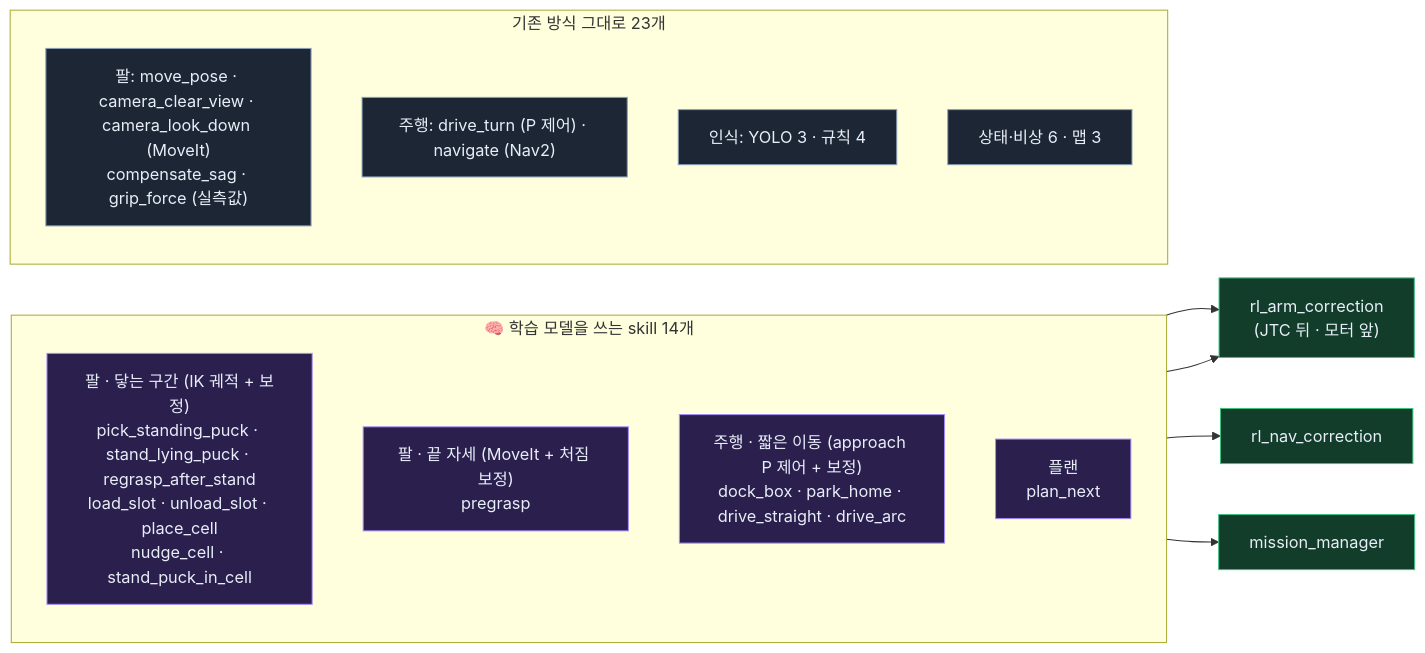
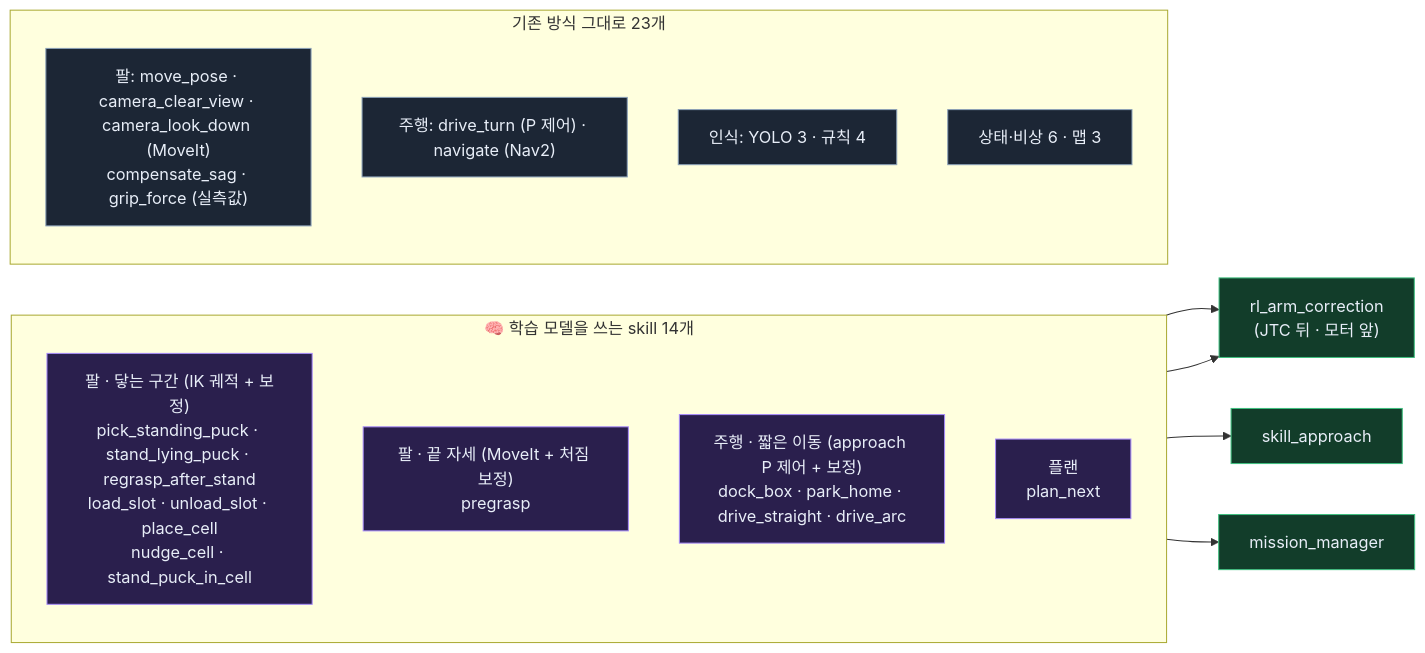
The fifth of 9 diagrams in bee/system-map.md (JuneKunst/JuneKunst.github.io), drawn with Mermaid before and after one commit. The commit also changed other lines of this file and 18 other files, not shown here.

````diff
--- a/bee/system-map.md
+++ b/bee/system-map.md
@@ -177,24 +177,24 @@
 ```mermaid
 flowchart LR
   subgraph gy_MODEL["🧠 학습 모델을 쓰는 skill 14개"]
     direction TB
     gy_ma["팔 · 닿는 구간 (IK 궤적 + 보정)<br/>pick_standing_puck · stand_lying_puck · regrasp_after_stand<br/>load_slot · unload_slot · place_cell<br/>nudge_cell · stand_puck_in_cell"]:::model
     gy_mb["팔 · 끝 자세 (MoveIt + 처짐 보정)<br/>pregrasp"]:::model
     gy_mc["주행 · 짧은 이동 (approach P 제어 + 보정)<br/>dock_box · park_home · drive_straight · drive_arc"]:::model
     gy_md["플랜<br/>plan_next"]:::model
   end
   subgraph gy_KEEP["기존 방식 그대로 23개"]
     direction TB
     gy_ka["팔: move_pose · camera_clear_view · camera_look_down (MoveIt)<br/>compensate_sag · grip_force (실측값)"]:::keep
     gy_kb["주행: drive_turn (P 제어) · navigate (Nav2)"]:::keep
     gy_kc["인식: YOLO 3 · 규칙 4"]:::keep
     gy_kd["상태·비상 6 · 맵 3"]:::keep
   end
   gy_ma --> gy_N1["rl_arm_correction<br/>(JTC 뒤 · 모터 앞)"]:::node
   gy_mb --> gy_N1
-  gy_mc --> gy_N2["rl_nav_correction"]:::node
+  gy_mc --> gy_N2["skill_approach"]:::node
   gy_md --> gy_N3["mission_manager"]:::node
   classDef model fill:#2a1f4d,stroke:#a78bfa,color:#e8eef8
   classDef keep fill:#1c2635,stroke:#8aa0b8,color:#e8eef8
   classDef node fill:#123d2a,stroke:#3fbf7f,color:#e8eef8
 ```
````
